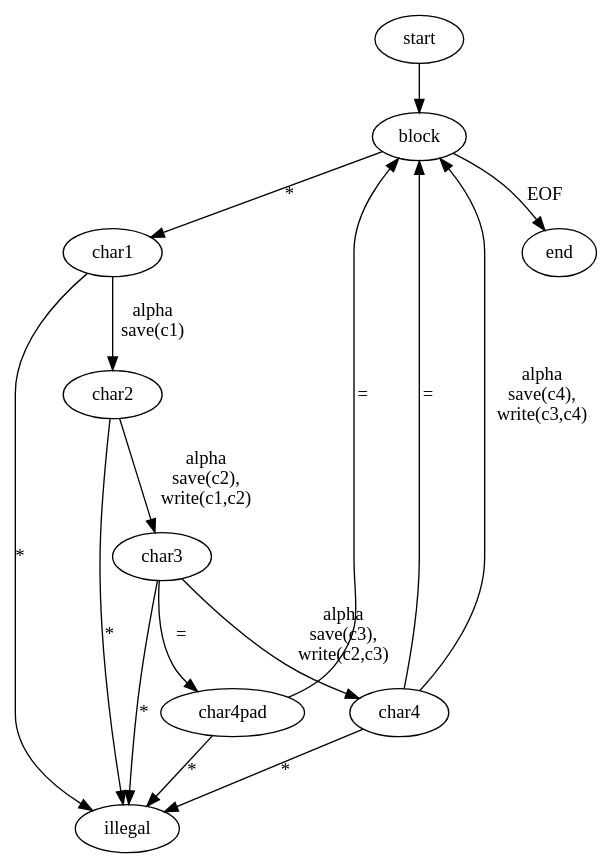
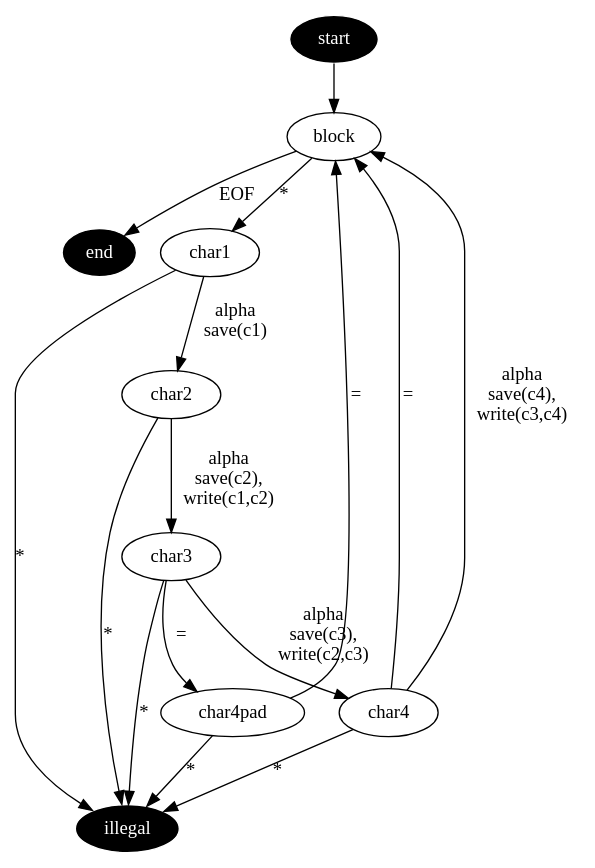
Before and after one commit to tancred/objc-base64: the diagram in decode.dot, drawn with Graphviz.

Commit message:
Highlight terminal states in diagram.

```diff
--- a/decode.dot
+++ b/decode.dot
@@ -1,24 +1,36 @@
 digraph decode {
+	// terminal states
+	node [ style = filled; fillcolor = black; color = white; fontcolor = white; ];
+	start, end, illegal
+
+	// internal states
+	node [ style = filled; fillcolor = white; color = black; fontcolor = black; ];
+	block;
+	char1, char2, char3, char4, char4pad;
+
+	// unspecified states
+	node [ style = filled; fillcolor = cyan; color = black; fontcolor = black; ];
+
 	start -> block;
 
 	block -> char1 [ label = "*" ];
 
 	char1 -> char2 [ label = "alpha\nsave(c1)" ];
 	char1 -> illegal [ label = "*" ];
 
 	char2 -> char3 [ label = "alpha\nsave(c2),\nwrite(c1,c2)" ];
 	char2 -> illegal [ label = "*" ];
 
 	char3 -> char4 [ label = "alpha\nsave(c3),\nwrite(c2,c3)" ];
 	char3 -> char4pad [ label = "=" ];
 	char3 -> illegal [ label = "*" ];
 
 	char4 -> block [ label = "alpha\nsave(c4),\nwrite(c3,c4)" ];
 	char4 -> block [ label = "=" ];
 	char4 -> illegal [ label = "*" ];
 
 	char4pad -> block [ label = "=" ];
 	char4pad -> illegal [ label = "*" ];
 
 	block -> end [ label = "EOF" ];
 }
```
